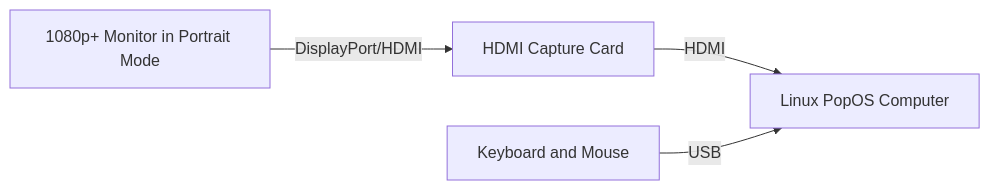
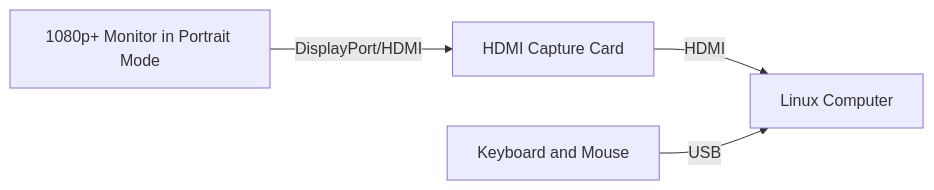
The diagram in prototypes/20230908-bendable-screen-generative-assistant.md (V-Sekai/manuals), drawn with Mermaid before and after one commit.

Commit message:
Remove popos mention

````diff
--- a/prototypes/20230908-bendable-screen-generative-assistant.md
+++ b/prototypes/20230908-bendable-screen-generative-assistant.md
@@ -25,6 +25,6 @@
 ```mermaid
 graph LR
 A[1080p+ Monitor in Portrait Mode] -- DisplayPort/HDMI --> B[HDMI Capture Card]
-B -- HDMI --> C[Linux PopOS Computer]
+B -- HDMI --> C[Linux Computer]
 D[Keyboard and Mouse] -- USB --> C
 ```
````
